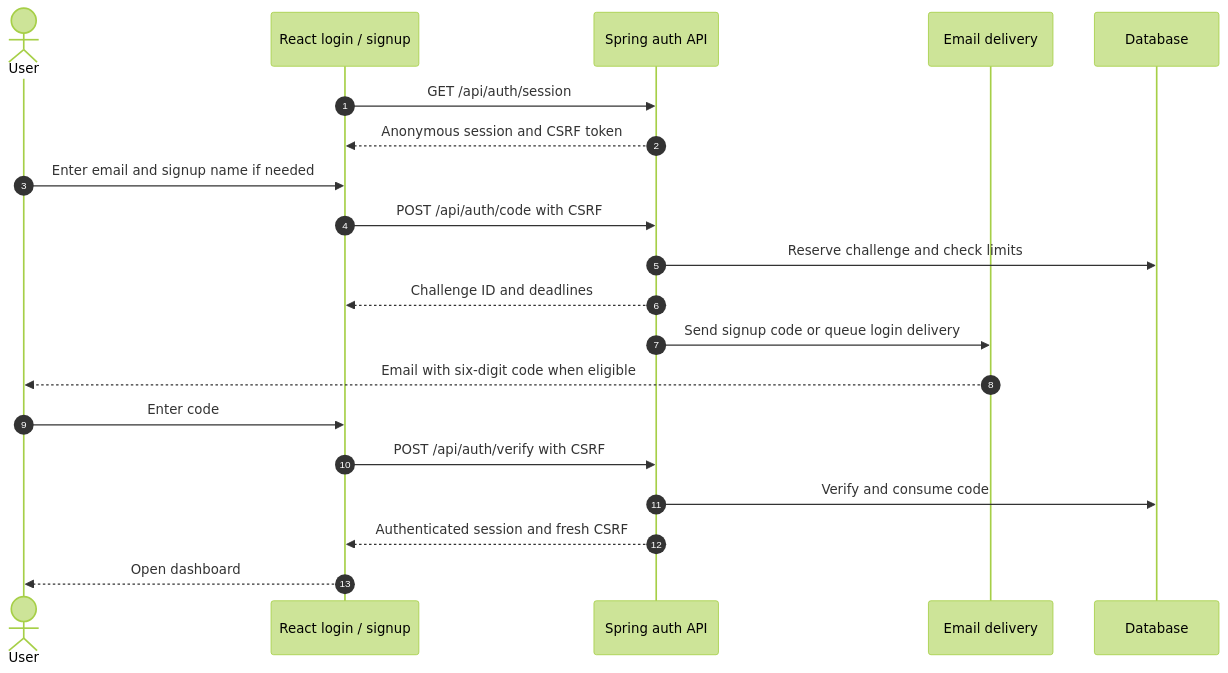
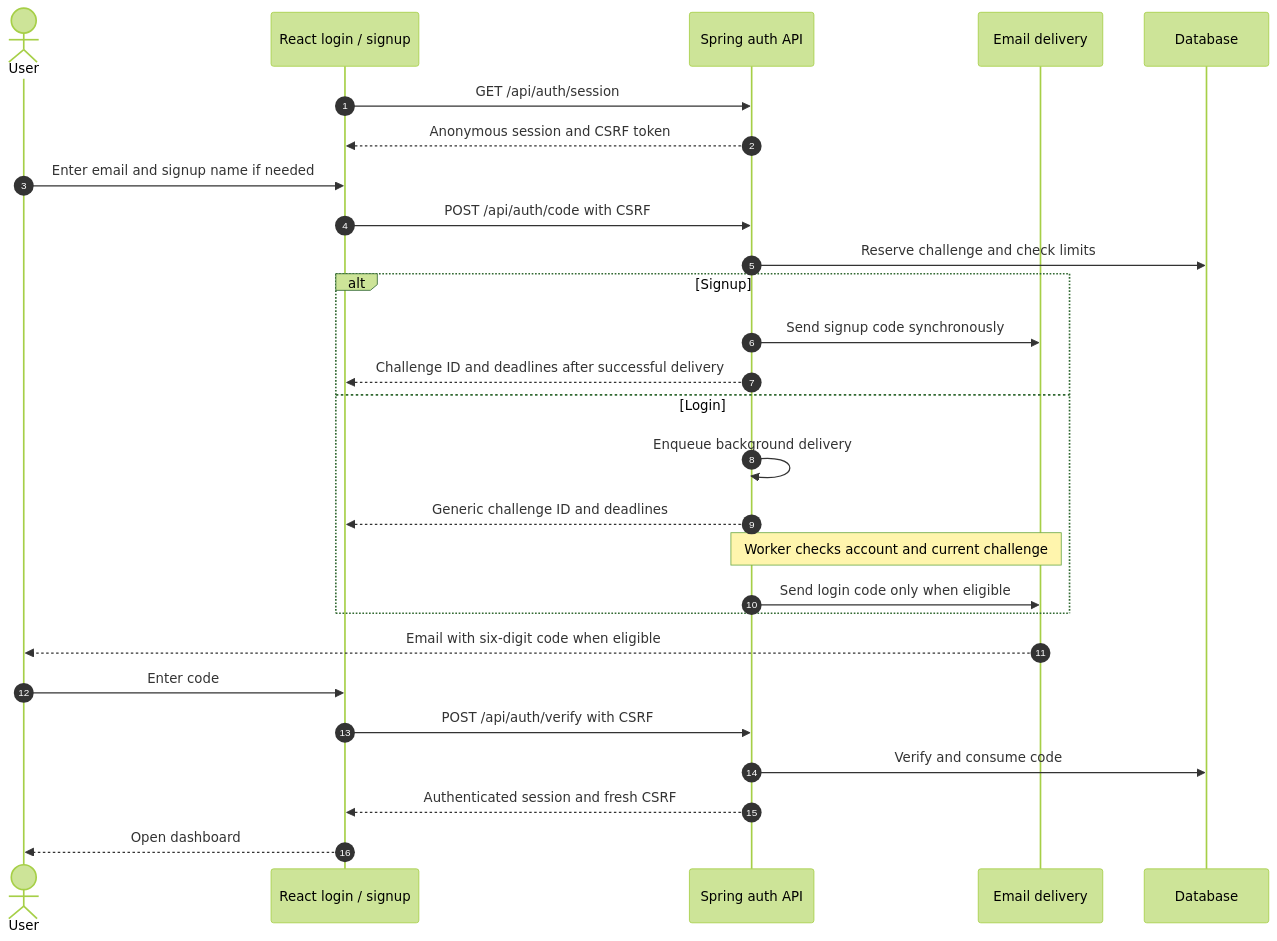
Before and after one commit to chankiahuja/pantry-pal: the diagram in docs/EMAIL-OTP-AUTH-FLOW.md, drawn with Mermaid (forest theme). The commit also changed other lines of this file, not shown here.

Commit message:
docs: finish GS-158 links, flow accuracy and editorial checks

````diff
--- a/docs/EMAIL-OTP-AUTH-FLOW.md
+++ b/docs/EMAIL-OTP-AUTH-FLOW.md
@@ -9,23 +9,30 @@
 ```mermaid
 sequenceDiagram
     autonumber
     actor User
     participant UI as React login / signup
     participant API as Spring auth API
     participant Mail as Email delivery
     participant DB as Database
 
     UI->>API: GET /api/auth/session
     API-->>UI: Anonymous session and CSRF token
     User->>UI: Enter email and signup name if needed
     UI->>API: POST /api/auth/code with CSRF
     API->>DB: Reserve challenge and check limits
-    API-->>UI: Challenge ID and deadlines
-    API->>Mail: Send signup code or queue login delivery
+    alt Signup
+        API->>Mail: Send signup code synchronously
+        API-->>UI: Challenge ID and deadlines after successful delivery
+    else Login
+        API->>API: Enqueue background delivery
+        API-->>UI: Generic challenge ID and deadlines
+        Note over API,Mail: Worker checks account and current challenge
+        API->>Mail: Send login code only when eligible
+    end
     Mail-->>User: Email with six-digit code when eligible
     User->>UI: Enter code
     UI->>API: POST /api/auth/verify with CSRF
     API->>DB: Verify and consume code
     API-->>UI: Authenticated session and fresh CSRF
     UI-->>User: Open dashboard
 ```
````
